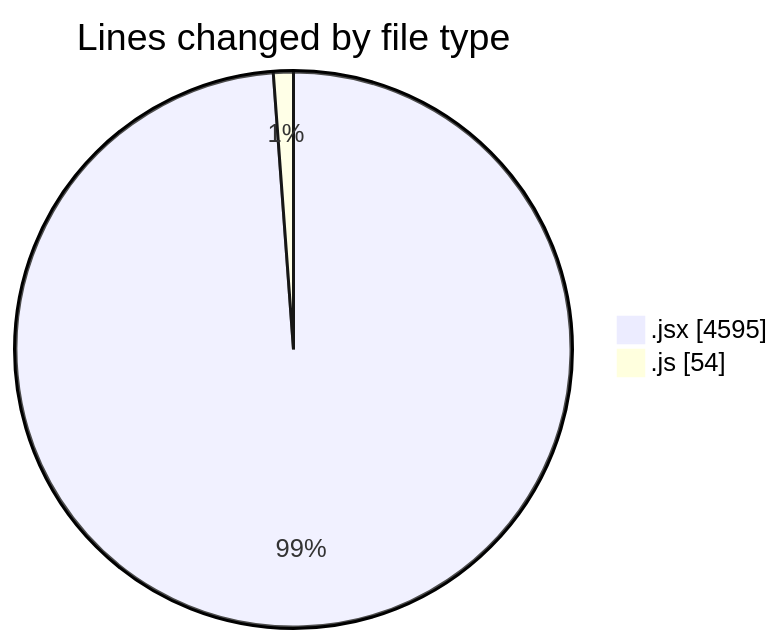
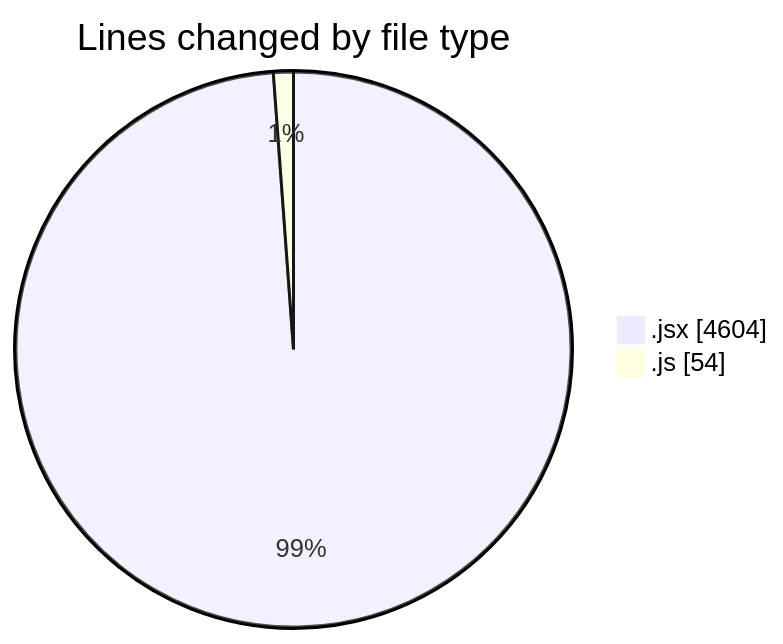
One commit to nxtqubesakshisongat/code-tracking changed the first of 2 diagrams in 2025-06-25/nxtqube_webapp/README.md. Above: the diagram before and after it, drawn with Mermaid. The commit also changed other lines of this file and 1 other file, not shown here.

````diff
--- a/2025-06-25/nxtqube_webapp/README.md
+++ b/2025-06-25/nxtqube_webapp/README.md
@@ -24,6 +24,6 @@
 ```mermaid
 pie showData
 title Lines changed by file type
-".jsx" : 4595
+".jsx" : 4604
 ".js" : 54
 ```
````
